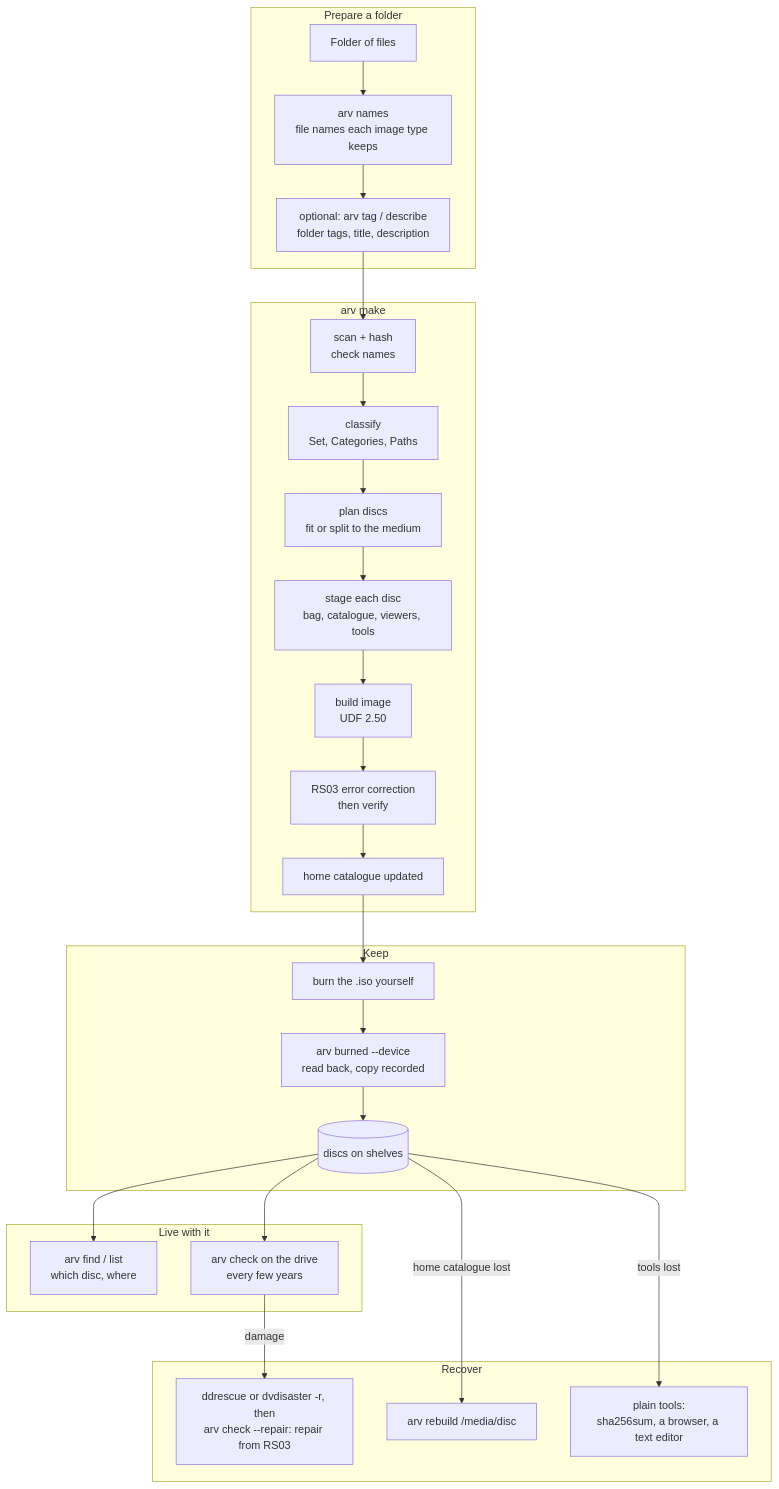
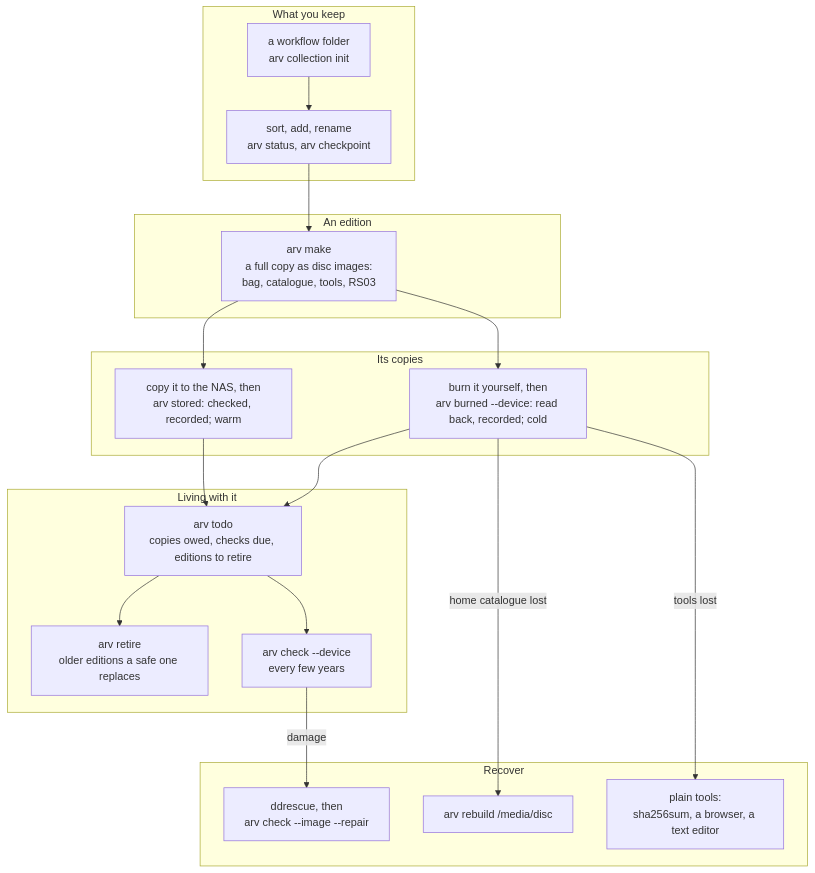
Before and after one commit to mofosyne/arv: the diagram in docs/workflow.md, drawn with Mermaid. The commit also changed other lines of this file and 1 other file, not shown here.

First line of the commit message:
docs/workflow.md rewritten for collections, editions and copies

````diff
--- a/docs/workflow.md
+++ b/docs/workflow.md
@@ -14,30 +20,24 @@
 ```mermaid
 flowchart TD
-    subgraph prepare [Prepare a folder]
-        A[Folder of files] --> N[arv names<br/>file names each image type keeps]
-        N --> T[optional: arv tag / describe<br/>folder tags, title, description]
+    subgraph keep [What you keep]
+        W[a workflow folder<br/>arv collection init] --> S[sort, add, rename<br/>arv status, arv checkpoint]
     end
-    subgraph make [arv make]
-        T --> M1[scan + hash<br/>check names]
-        M1 --> M2[classify<br/>Set, Categories, Paths]
-        M2 --> M3[plan discs<br/>fit or split to the medium]
-        M3 --> M4[stage each disc<br/>bag, catalogue, viewers, tools]
-        M4 --> M5[build image<br/>UDF 2.50]
-        M5 --> M6[RS03 error correction<br/>then verify]
-        M6 --> M7[home catalogue updated]
+    subgraph make [An edition]
+        S --> M[arv make<br/>a full copy as disc images:<br/>bag, catalogue, tools, RS03]
     end
-    subgraph keep [Keep]
-        M7 --> B[burn the .iso yourself]
-        B --> R[arv burned --device<br/>read back, copy recorded]
-        R --> S[(discs on shelves)]
+    subgraph copies [Its copies]
+        M --> B[burn it yourself, then<br/>arv burned --device: read back, recorded; cold]
+        M --> N[copy it to the NAS, then<br/>arv stored: checked, recorded; warm]
     end
-    subgraph live [Live with it]
-        S --> F[arv find / list<br/>which disc, where]
-        S --> C[arv check on the drive<br/>every few years]
+    subgraph live [Living with it]
+        B --> T[arv todo<br/>copies owed, checks due, editions to retire]
+        N --> T
+        T --> R[arv retire<br/>older editions a safe one replaces]
+        T --> C[arv check --device<br/>every few years]
     end
     subgraph recover [Recover]
-        C -- damage --> D[ddrescue or dvdisaster -r, then<br/>arv check --repair: repair from RS03]
-        S -- home catalogue lost --> RB[arv rebuild /media/disc]
-        S -- tools lost --> P[plain tools:<br/>sha256sum, a browser, a text editor]
+        C -- damage --> D[ddrescue, then<br/>arv check --image --repair]
+        B -- home catalogue lost --> RB[arv rebuild /media/disc]
+        B -- tools lost --> P[plain tools:<br/>sha256sum, a browser, a text editor]
     end
 ```
````
